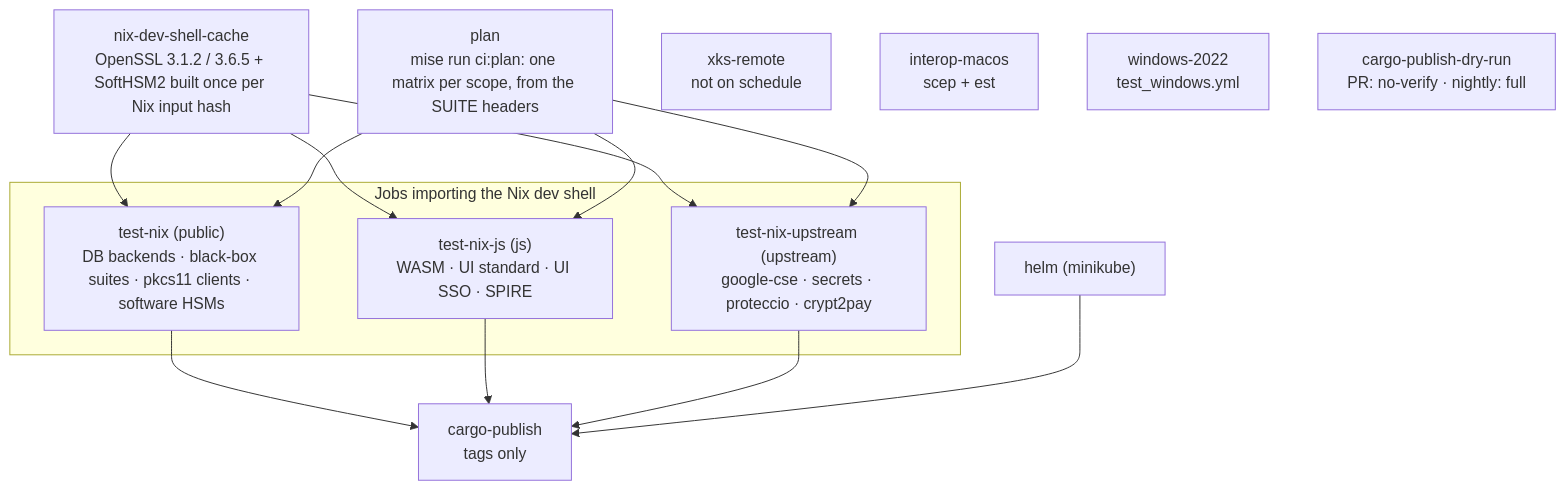
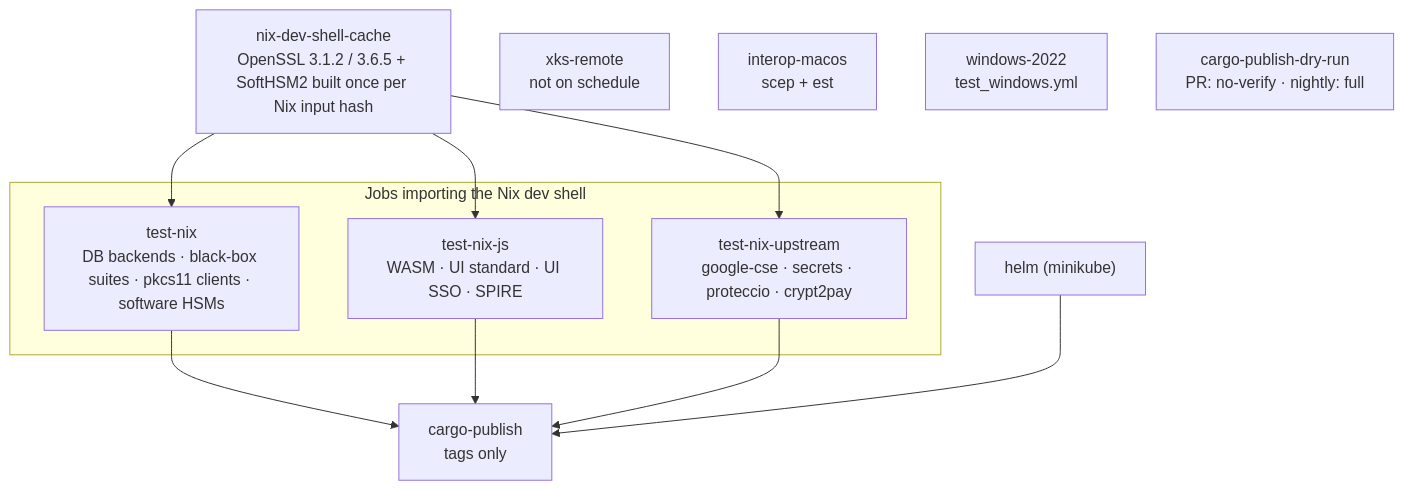
Before and after one commit to Cosmian/kms: the third of 3 diagrams in .github/workflows/README_main.md, drawn with Mermaid. The commit also changed other lines of this file and 59 other files, not shown here.

First line of the commit message:
ci: drop the CI placement fields from #SUITE headers and delete ci:plan

````diff
--- a/.github/workflows/README_main.md
+++ b/.github/workflows/README_main.md
@@ -59,18 +59,17 @@
 ```mermaid
 flowchart TB
     Cache["nix-dev-shell-cache<br/>OpenSSL 3.1.2 / 3.6.5 + SoftHSM2 built once per Nix input hash"]
-    Plan["plan<br/>mise run ci:plan: one matrix per scope, from the SUITE headers"]
     subgraph NixJobs["Jobs importing the Nix dev shell"]
-        TestNix["test-nix (public)<br/>DB backends · black-box suites · pkcs11 clients · software HSMs"]
-        TestJs["test-nix-js (js)<br/>WASM · UI standard · UI SSO · SPIRE"]
-        Upstream["test-nix-upstream (upstream)<br/>google-cse · secrets · proteccio · crypt2pay"]
+        TestNix["test-nix<br/>DB backends · black-box suites · pkcs11 clients · software HSMs"]
+        TestJs["test-nix-js<br/>WASM · UI standard · UI SSO · SPIRE"]
+        Upstream["test-nix-upstream<br/>google-cse · secrets · proteccio · crypt2pay"]
     end
-    Cache & Plan --> TestNix & TestJs & Upstream
+    Cache --> TestNix & TestJs & Upstream
     Helm["helm (minikube)"]
     Xks["xks-remote<br/>not on schedule"]
     Mac["interop-macos<br/>scep + est"]
     Win["windows-2022<br/>test_windows.yml"]
     DryRun["cargo-publish-dry-run<br/>PR: no-verify · nightly: full"]
     Publish["cargo-publish<br/>tags only"]
     TestNix & TestJs & Upstream & Helm --> Publish
 ```
````
